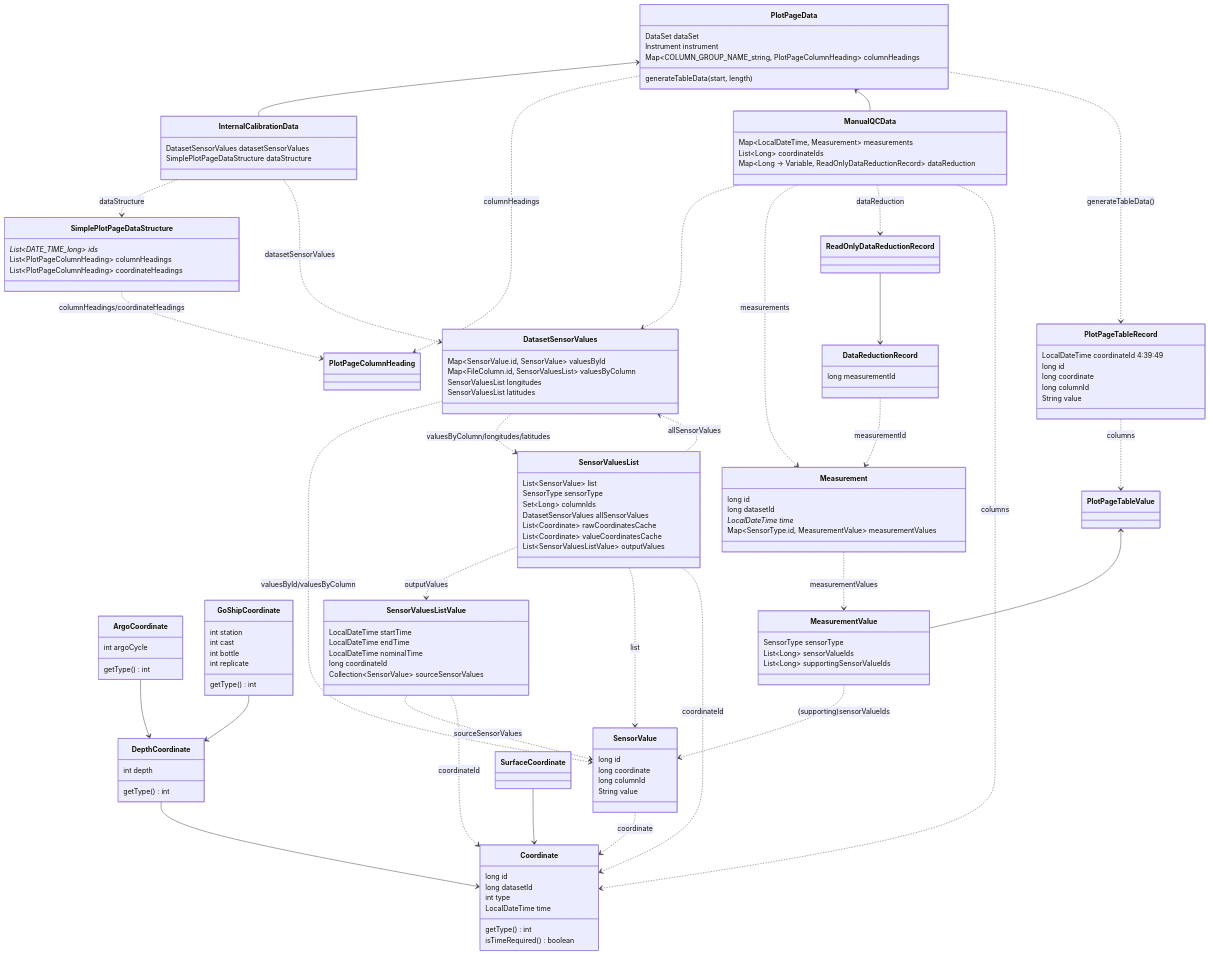
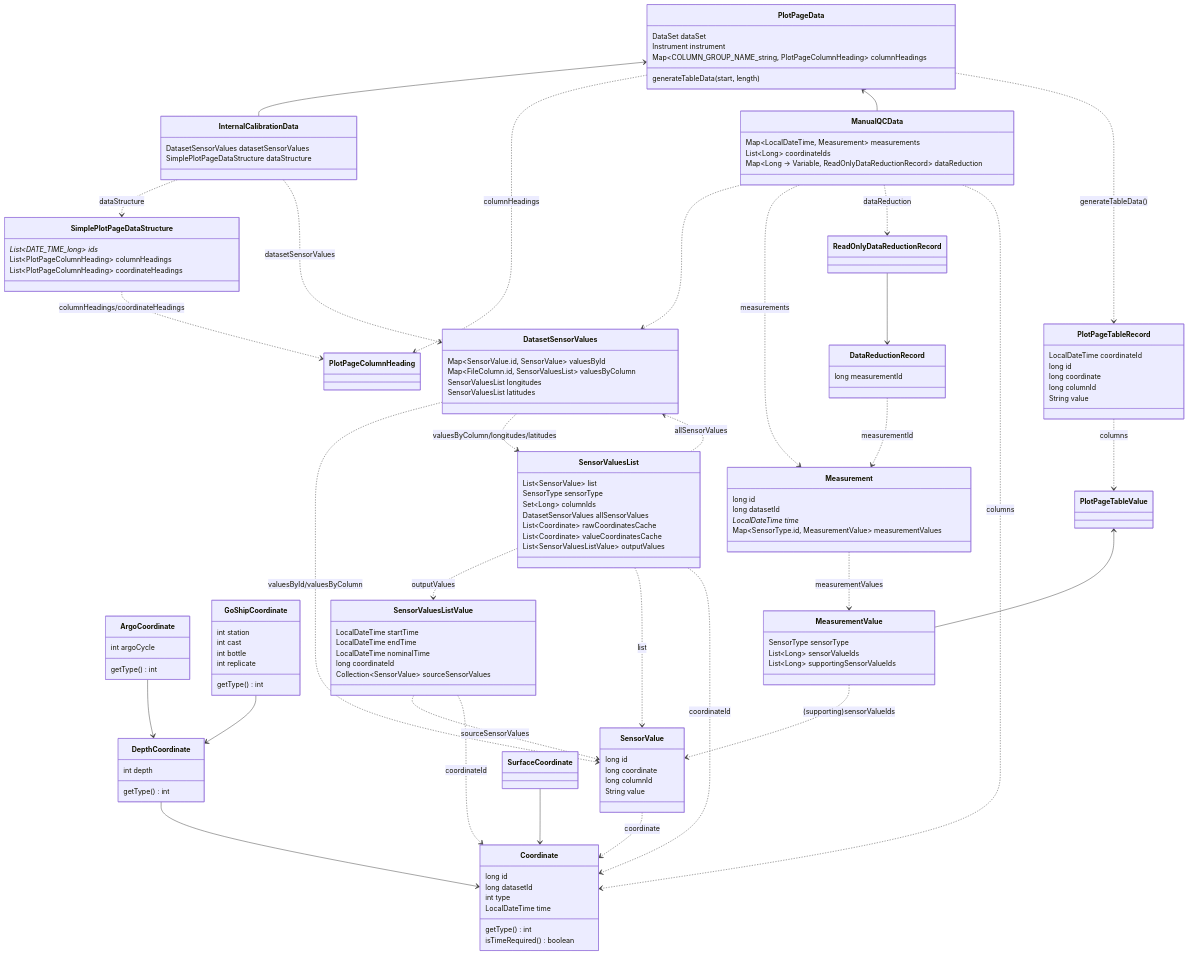
One commit to squaregoldfish/QuinCe changed the diagram in Documentation/Design/JavaClasses/DatasetData_with_coordinate.mermaid. Above: the diagram before and after it, drawn with Mermaid.

Commit message:
(#2391) Fix typo

```diff
--- a/Documentation/Design/JavaClasses/DatasetData_with_coordinate.mermaid
+++ b/Documentation/Design/JavaClasses/DatasetData_with_coordinate.mermaid
@@ -1,153 +1,153 @@
 classDiagram
     class ArgoCoordinate {
         int argoCycle
         getType() int
     }
 
     class Coordinate {
         long id
         long datasetId
         int type
         LocalDateTime time
         getType() int
         isTimeRequired() boolean
     }
     
     class DepthCoordinate {
         int depth
         getType() int
     }
 
     class DataReductionRecord {
         long measurementId
     }
 
     class DatasetSensorValues {
         Map~SensorValue.id, SensorValue~ valuesById
         Map~FileColumn.id, SensorValuesList~ valuesByColumn
         SensorValuesList longitudes
         SensorValuesList latitudes
     }
 
     class GoShipCoordinate {
         int station
         int cast
         int bottle
         int replicate
         getType() int
     }
 
     class InternalCalibrationData {
         DatasetSensorValues datasetSensorValues
         SimplePlotPageDataStructure dataStructure
     }
     
     class ManualQCData {
         Map~LocalDateTime, Measurement~ measurements
         List~Long~ coordinateIds
         Map~Long -> Variable, ReadOnlyDataReductionRecord~ dataReduction
     }
 
     class Measurement {
         long id
         long datasetId
         LocalDateTime time*
         Map~SensorType.id, MeasurementValue~ measurementValues
     }
 
     class MeasurementValue {
         SensorType sensorType
         List~Long~ sensorValueIds
         List~Long~ supportingSensorValueIds
     }
 
     class PlotPageData {
         DataSet dataSet
         Instrument instrument
         Map~COLUMN_GROUP_NAME_string, PlotPageColumnHeading~ columnHeadings
         generateTableData(start, length)
     }
 
     class PlotPageTableRecord {
-        LocalDateTime coordinateId 4:39:49
+        LocalDateTime coordinateId
         long id
         long coordinate
         long columnId
         String value
     }
 
     class SensorValue {
         long id
         long coordinate
         long columnId
         String value
     }
 
     class SensorValuesList {
         List~SensorValue~ list
         SensorType sensorType
         Set~Long~ columnIds
         DatasetSensorValues allSensorValues
         List~Coordinate~ rawCoordinatesCache
         List~Coordinate~ valueCoordinatesCache
         List~SensorValuesListValue~ outputValues
     }
 
     class SensorValuesListValue {
         LocalDateTime startTime
         LocalDateTime endTime
         LocalDateTime nominalTime
         long coordinateId
         Collection~SensorValue~ sourceSensorValues
     }
 
     class SimplePlotPageDataStructure {
         List~DATE_TIME_long~ ids*
         List~PlotPageColumnHeading~ columnHeadings
         List~PlotPageColumnHeading~ coordinateHeadings
     }
 
 
 PlotPageData <-- InternalCalibrationData
 InternalCalibrationData ..> SimplePlotPageDataStructure : dataStructure
 InternalCalibrationData ..> DatasetSensorValues : datasetSensorValues
 SimplePlotPageDataStructure ..> PlotPageColumnHeading : columnHeadings/coordinateHeadings
 PlotPageData ..> PlotPageColumnHeading : columnHeadings
 PlotPageData <-- ManualQCData
 ManualQCData ..> DatasetSensorValues
 
 DatasetSensorValues ..> SensorValue : valuesById/valuesByColumn
 DatasetSensorValues ..> SensorValuesList : valuesByColumn/longitudes/latitudes
 SensorValuesList ..> DatasetSensorValues : allSensorValues
 
 SensorValuesList ..> SensorValuesListValue : outputValues
 SensorValuesListValue ..> SensorValue : sourceSensorValues
 SensorValuesList ..> SensorValue : list
 
 SensorValue ..> Coordinate : coordinate
 
 ManualQCData ..> Measurement : measurements
 ManualQCData ..> ReadOnlyDataReductionRecord : dataReduction
 ReadOnlyDataReductionRecord --> DataReductionRecord
 DataReductionRecord ..> Measurement : measurementId
 
 Measurement ..> MeasurementValue : measurementValues
 
 PlotPageData ..> PlotPageTableRecord : generateTableData()
 PlotPageTableRecord ..> PlotPageTableValue : columns
 PlotPageTableValue <-- MeasurementValue
 MeasurementValue ..> SensorValue : (supporting)sensorValueIds
 
 
 SensorValuesListValue ..> Coordinate : coordinateId
 
 ManualQCData ..> Coordinate : columns
 SensorValuesList ..> Coordinate : coordinateId
 
 ArgoCoordinate --> DepthCoordinate
 GoShipCoordinate --> DepthCoordinate
 DepthCoordinate --> Coordinate
 SurfaceCoordinate --> Coordinate
 
 %% note for SensorValuesListValue "Times for surface coordinates. Coordinate for others. Not sure how this will work yet"
 %% note for Coordinate "Type solidly linked to class, but a getType method with psf constants is probably best"
```
